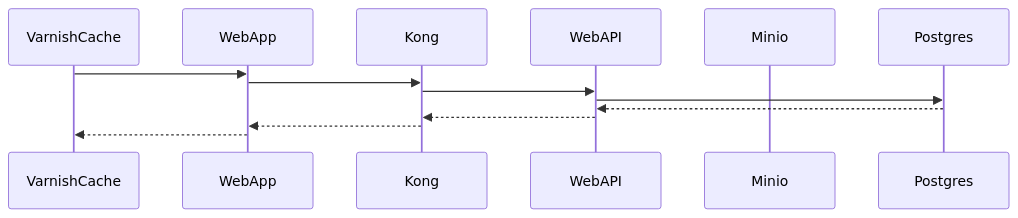
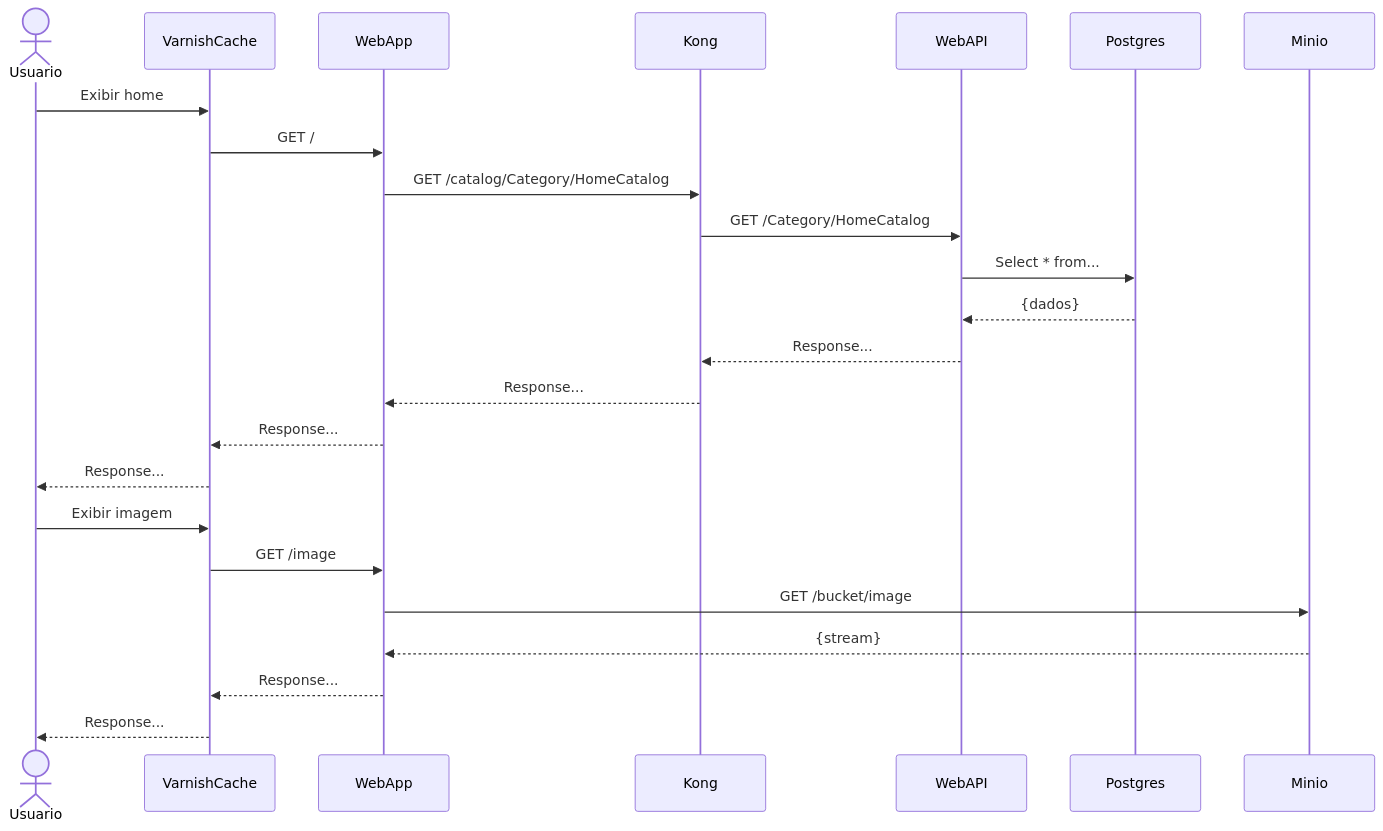
The diagram in README.md (luizcarlosfaria/eshop-cloudnative), drawn with Mermaid before and after one commit. The commit also changed other lines of this file, not shown here.

````diff
--- a/README.md
+++ b/README.md
@@ -56,18 +56,28 @@
 ```mermaid
 sequenceDiagram
+    actor Usuario
     participant VarnishCache
     participant WebApp
     participant Kong
     participant WebAPI
+    participant Postgres
     participant Minio
-    participant Postgres
     
-    VarnishCache->>WebApp: 
-    WebApp->>Kong: 
-    Kong->>WebAPI: 
-    WebAPI->>Postgres:
-    Postgres-->>WebAPI:
-    WebAPI-->>Kong: 
-    Kong-->>WebApp:     
-    WebApp-->>VarnishCache:
+    Usuario->>VarnishCache: Exibir home
+    VarnishCache->>WebApp: GET /
+    WebApp->>Kong:  GET /catalog/Category/HomeCatalog
+    Kong->>WebAPI: GET /Category/HomeCatalog
+    WebAPI->>Postgres: Select * from...
+    Postgres-->>WebAPI: {dados}
+    WebAPI-->>Kong: Response...
+    Kong-->>WebApp: Response...
+    WebApp-->>VarnishCache: Response...    
+    VarnishCache-->>Usuario: Response... 
+
+    Usuario->>VarnishCache: Exibir imagem
+    VarnishCache->>WebApp: GET /image
+    WebApp->>Minio:  GET /bucket/image
+    Minio-->>WebApp: {stream}
+    WebApp-->>VarnishCache: Response...    
+    VarnishCache-->>Usuario: Response...     
 ```
````
